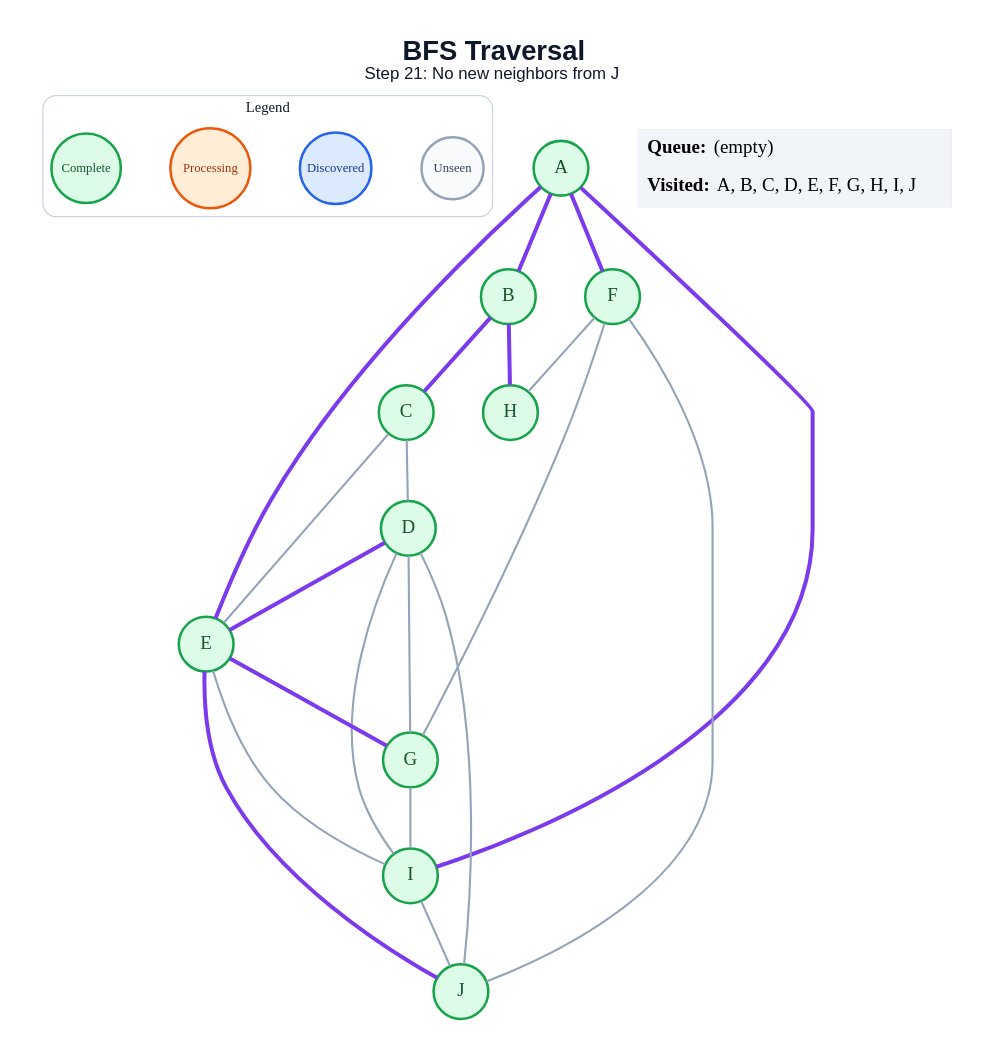
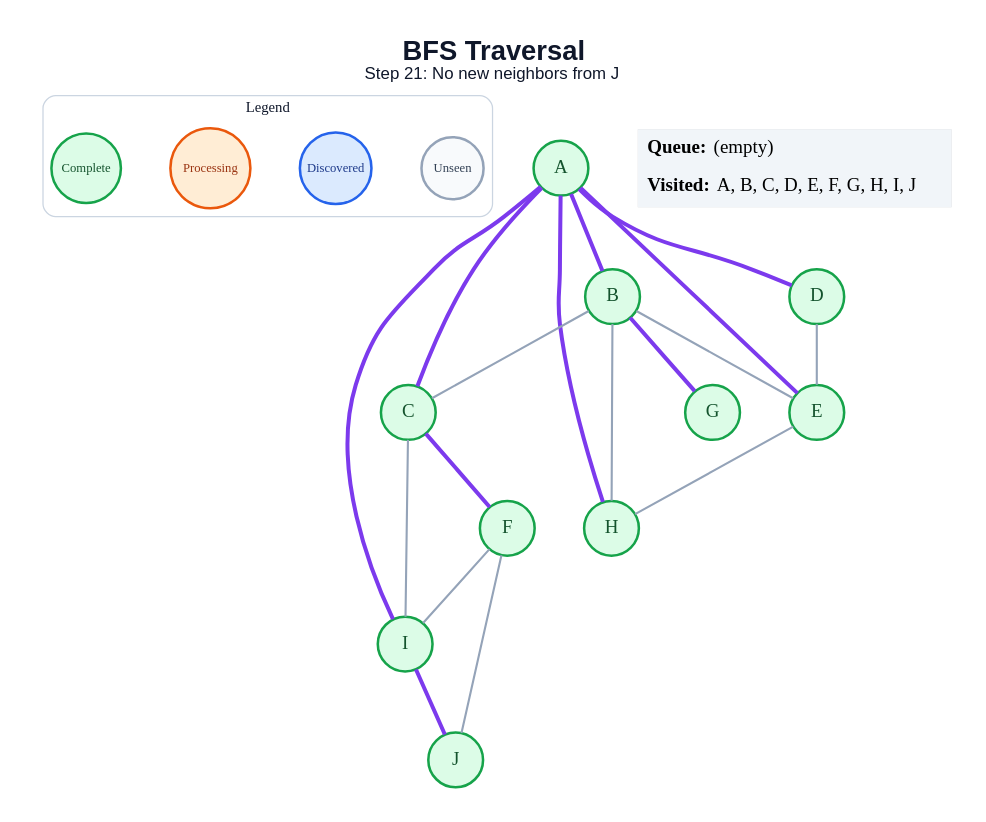
Before and after one commit to amanghodawala9/ai-slop: the diagram in generated/bfs/step_21.dot, drawn with Graphviz. The commit also changed 178 other files, not shown here.

```diff
--- a/generated/bfs/step_21.dot
+++ b/generated/bfs/step_21.dot
@@ -1,49 +1,46 @@
 graph traversal {
   graph [layout=dot, rankdir=TB, bgcolor="#FFFFFF", pad="0.35", nodesep="0.65", ranksep="0.8", fontname="Arial"];
   node [shape=circle, style="filled", fontname="Arial Bold", fontsize=18, width=0.72, fixedsize=true, penwidth=2.4];
   edge [color="#94A3B8", penwidth=2.0];
   label=<<B>BFS Traversal</B><BR/><FONT POINT-SIZE="16">Step 21: No new neighbors from J</FONT>>; labelloc="t"; fontsize=26; fontname="Arial"; fontcolor="#0F172A";
   subgraph cluster_legend { label="Legend"; color="#CBD5E1"; penwidth=1.2; style="rounded"; fontsize=14; fontname="Arial Bold";
     key_unseen [label="Unseen", fillcolor="#F8FAFC", color="#94A3B8", fontcolor="#334155", fontsize=12, width=0.82];
     key_frontier [label="Discovered", fillcolor="#DBEAFE", color="#2563EB", fontcolor="#1E3A8A", fontsize=12, width=0.95];
     key_current [label="Processing", fillcolor="#FFEDD5", color="#EA580C", fontcolor="#9A3412", fontsize=12, width=1.05];
     key_done [label="Complete", fillcolor="#DCFCE7", color="#16A34A", fontcolor="#14532D", fontsize=12, width=0.92];
     { rank=same; key_unseen; key_frontier; key_current; key_done; }
   }
   A [fillcolor="#DCFCE7", color="#16A34A", fontcolor="#14532D"];
   B [fillcolor="#DCFCE7", color="#16A34A", fontcolor="#14532D"];
   C [fillcolor="#DCFCE7", color="#16A34A", fontcolor="#14532D"];
   D [fillcolor="#DCFCE7", color="#16A34A", fontcolor="#14532D"];
   E [fillcolor="#DCFCE7", color="#16A34A", fontcolor="#14532D"];
   F [fillcolor="#DCFCE7", color="#16A34A", fontcolor="#14532D"];
   G [fillcolor="#DCFCE7", color="#16A34A", fontcolor="#14532D"];
   H [fillcolor="#DCFCE7", color="#16A34A", fontcolor="#14532D"];
   I [fillcolor="#DCFCE7", color="#16A34A", fontcolor="#14532D"];
   J [fillcolor="#DCFCE7", color="#16A34A", fontcolor="#14532D"];
   A -- B [color="#7C3AED", penwidth=3.8];
+  A -- C [color="#7C3AED", penwidth=3.8];
+  A -- D [color="#7C3AED", penwidth=3.8];
   A -- E [color="#7C3AED", penwidth=3.8];
-  A -- F [color="#7C3AED", penwidth=3.8];
+  A -- H [color="#7C3AED", penwidth=3.8];
   A -- I [color="#7C3AED", penwidth=3.8];
-  B -- C [color="#7C3AED", penwidth=3.8];
-  B -- H [color="#7C3AED", penwidth=3.8];
-  C -- D;
-  C -- E;
-  D -- E [color="#7C3AED", penwidth=3.8];
-  D -- G;
-  D -- I;
-  D -- J;
-  E -- G [color="#7C3AED", penwidth=3.8];
-  E -- I;
-  E -- J [color="#7C3AED", penwidth=3.8];
-  F -- G;
-  F -- H;
+  B -- C;
+  B -- E;
+  B -- G [color="#7C3AED", penwidth=3.8];
+  B -- H;
+  C -- F [color="#7C3AED", penwidth=3.8];
+  C -- I;
+  D -- E;
+  E -- H;
+  F -- I;
   F -- J;
-  G -- I;
-  I -- J;
+  I -- J [color="#7C3AED", penwidth=3.8];
   status [shape=plain, fixedsize=false, width=0, height=0, margin=0, label=<
     <TABLE BORDER="0" CELLBORDER="0" CELLPADDING="7" BGCOLOR="#F1F5F9">
       <TR><TD ALIGN="LEFT"><B>Queue:</B> (empty)</TD></TR>
       <TR><TD ALIGN="LEFT"><B>Visited:</B> A, B, C, D, E, F, G, H, I, J</TD></TR>
     </TABLE>
   >];
 }
```
